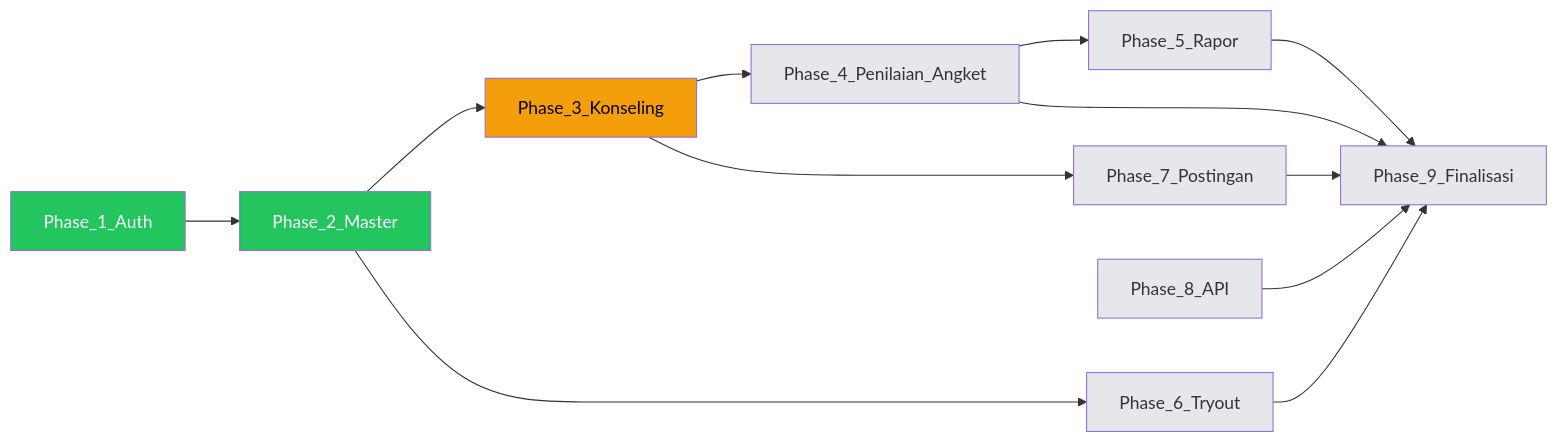
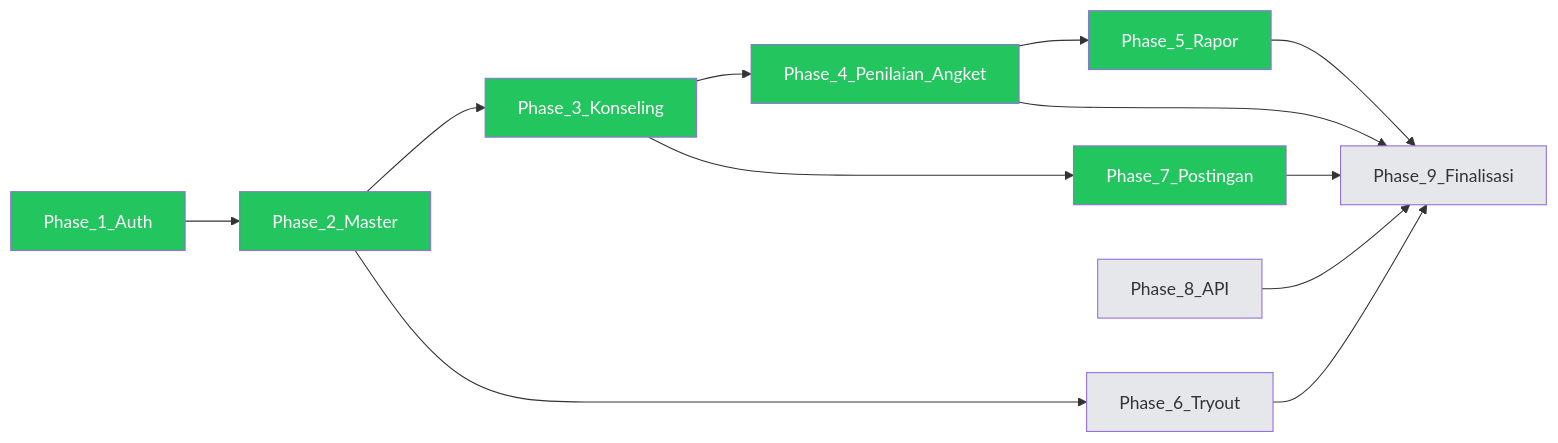
One commit to rackksstar/sistembk changed the diagram in docs/CORE_TEAM_TRACKER.md. Above: the diagram before and after it, drawn with Mermaid. The commit also changed other lines of this file and 97 other files, not shown here.

````diff
--- a/docs/CORE_TEAM_TRACKER.md
+++ b/docs/CORE_TEAM_TRACKER.md
@@ -33,24 +33,24 @@
 ```mermaid
 flowchart LR
     P1[Phase_1_Auth] --> P2[Phase_2_Master]
     P2 --> P3[Phase_3_Konseling]
     P3 --> P4[Phase_4_Penilaian_Angket]
     P4 --> P5[Phase_5_Rapor]
     P3 --> P7[Phase_7_Postingan]
     P2 --> P6[Phase_6_Tryout]
     P5 --> P9[Phase_9_Finalisasi]
     P7 --> P9
     P6 --> P9
     P4 --> P9
     P8[Phase_8_API] --> P9
 
     style P1 fill:#22c55e,color:#fff
     style P2 fill:#22c55e,color:#fff
-    style P3 fill:#f59e0b,color:#000
-    style P4 fill:#e5e7eb
-    style P5 fill:#e5e7eb
+    style P3 fill:#22c55e,color:#fff
+    style P4 fill:#22c55e,color:#fff
+    style P5 fill:#22c55e,color:#fff
     style P6 fill:#e5e7eb
-    style P7 fill:#e5e7eb
+    style P7 fill:#22c55e,color:#fff
     style P8 fill:#e5e7eb
     style P9 fill:#e5e7eb
 ```
````
